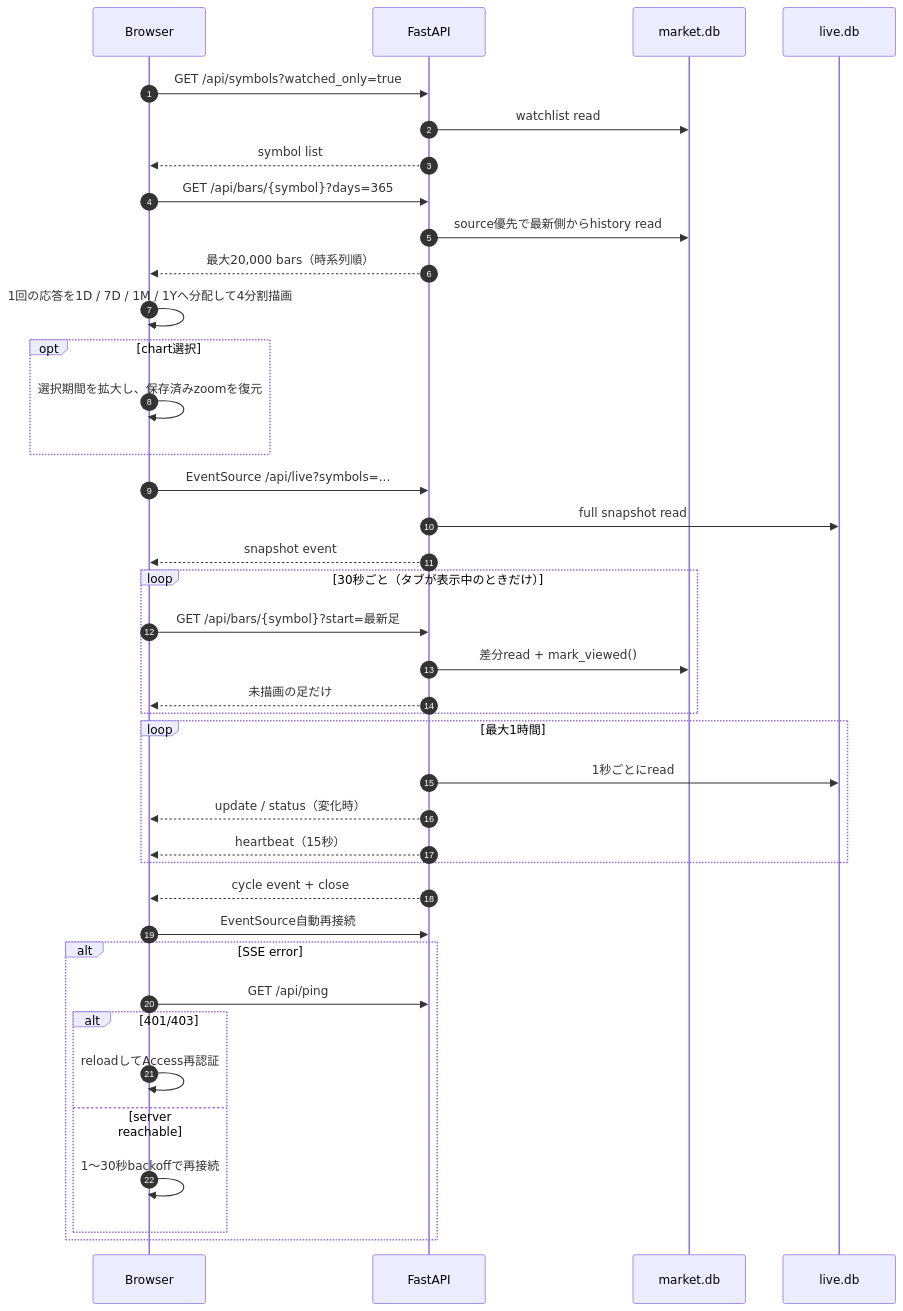
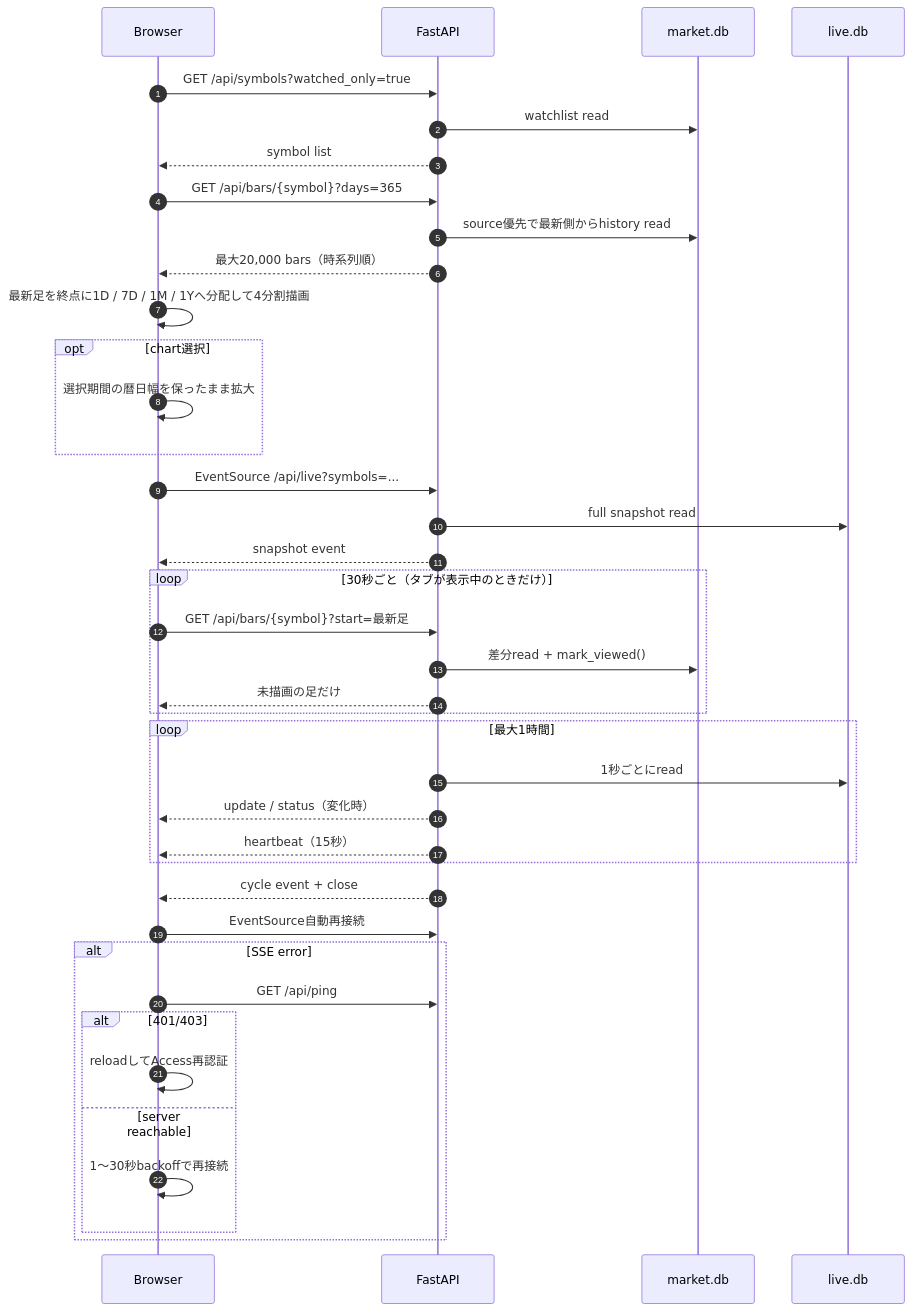
The tenth of 16 diagrams in docs/system-architecture.md (makechair/spelling-inconsistencies), drawn with Mermaid before and after one commit. The commit also changed other lines of this file and 10 other files, not shown here.

Commit message:
Show complete analysis metrics and fix chart ranges [skip ci]

````diff
--- a/docs/system-architecture.md
+++ b/docs/system-architecture.md
@@ -584,43 +584,43 @@
 ```mermaid
 sequenceDiagram
     autonumber
     participant UI as Browser
     participant API as FastAPI
     participant M as market.db
     participant L as live.db
 
     UI->>API: GET /api/symbols?watched_only=true
     API->>M: watchlist read
     API-->>UI: symbol list
     UI->>API: GET /api/bars/{symbol}?days=365
     API->>M: source優先で最新側からhistory read
     API-->>UI: 最大20,000 bars（時系列順）
-    UI->>UI: 1回の応答を1D / 7D / 1M / 1Yへ分配して4分割描画
+    UI->>UI: 最新足を終点に1D / 7D / 1M / 1Yへ分配して4分割描画
     opt chart選択
-        UI->>UI: 選択期間を拡大し、保存済みzoomを復元
+        UI->>UI: 選択期間の暦日幅を保ったまま拡大
     end
     UI->>API: EventSource /api/live?symbols=...
     API->>L: full snapshot read
     API-->>UI: snapshot event
     loop 30秒ごと（タブが表示中のときだけ）
         UI->>API: GET /api/bars/{symbol}?start=最新足
         API->>M: 差分read + mark_viewed()
         API-->>UI: 未描画の足だけ
     end
     loop 最大1時間
         API->>L: 1秒ごとにread
         API-->>UI: update / status（変化時）
         API-->>UI: heartbeat（15秒）
     end
     API-->>UI: cycle event + close
     UI->>API: EventSource自動再接続
 
     alt SSE error
         UI->>API: GET /api/ping
         alt 401/403
             UI->>UI: reloadしてAccess再認証
         else server reachable
             UI->>UI: 1〜30秒backoffで再接続
         end
     end
 ```
````
